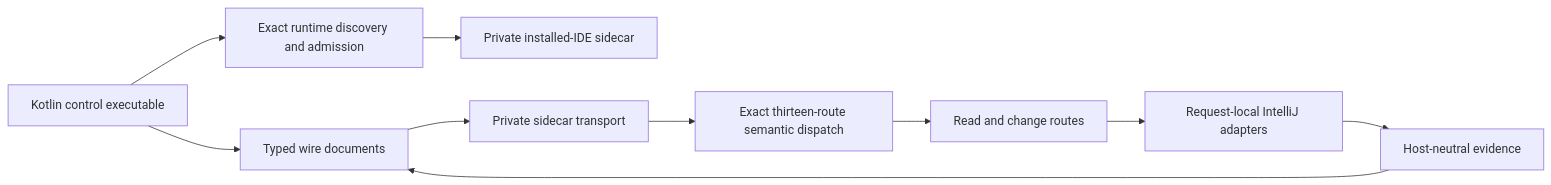
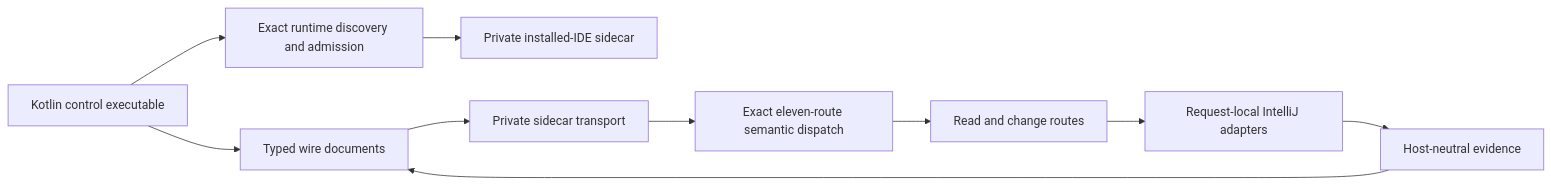
Before and after one commit to amichne/kast: the second of 2 diagrams in docs/public/explanation/how-kast-works.mdx, drawn with Mermaid. The commit also changed other lines of this file and 232 other files, not shown here.

````diff
--- a/docs/public/explanation/how-kast-works.mdx
+++ b/docs/public/explanation/how-kast-works.mdx
@@ -154,12 +154,12 @@
     ```mermaid placement="top-right" actions={true}
     flowchart LR
         CLI[Kotlin control executable] --> ADMIT[Exact runtime discovery and admission]
         CLI --> WIRE[Typed wire documents]
         ADMIT --> SIDECAR[Private installed-IDE sidecar]
         WIRE --> TRANSPORT[Private sidecar transport]
-        TRANSPORT --> DISPATCH[Exact thirteen-route semantic dispatch]
+        TRANSPORT --> DISPATCH[Exact eleven-route semantic dispatch]
         DISPATCH --> ROUTES[Read and change routes]
         ROUTES --> K2[Request-local IntelliJ adapters]
         K2 --> EVIDENCE[Host-neutral evidence]
         EVIDENCE --> WIRE
     ```
````
